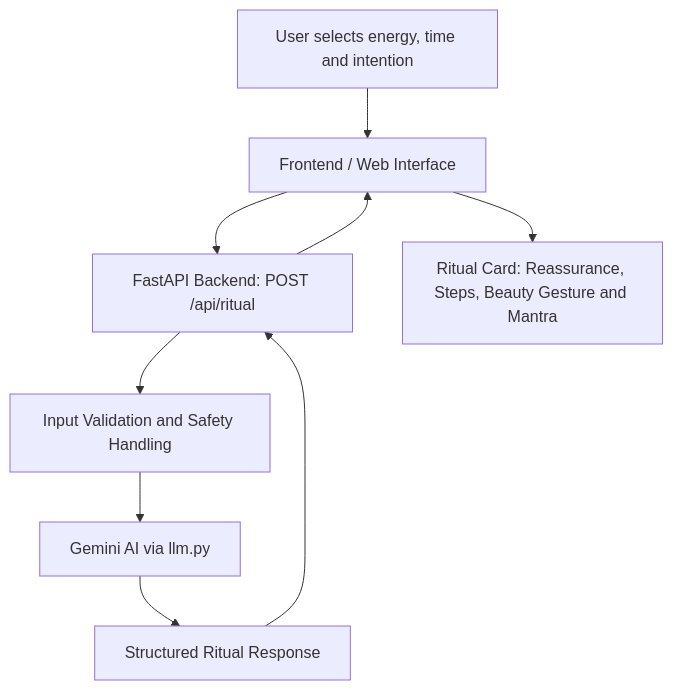
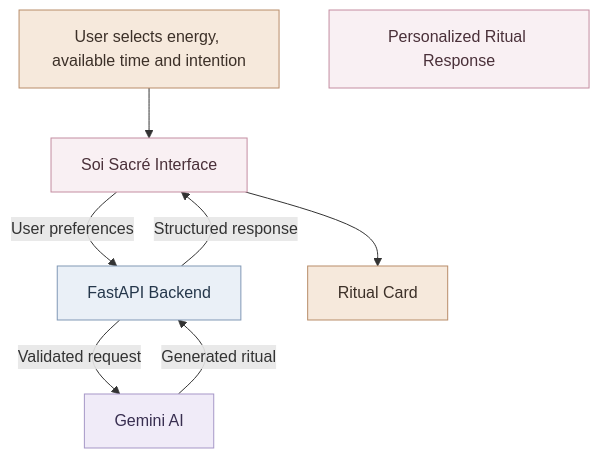
The first of 2 diagrams in architecture.md (yahiabeyarouarajine-ui/soi-sacre), drawn with Mermaid before and after one commit. The commit also changed other lines of this file, not shown here.

Commit message:
Expand system architecture documentation

````diff
--- a/architecture.md
+++ b/architecture.md
@@ -5,11 +7,26 @@
 ```mermaid
 flowchart TD
-    A["User selects energy, time and intention"] --> B["Frontend / Web Interface"]
-    B --> C["FastAPI Backend: POST /api/ritual"]
-    C --> D["Input Validation and Safety Handling"]
-    D --> E["Gemini AI via llm.py"]
-    E --> F["Structured Ritual Response"]
-    F --> C
-    C --> B
-    B --> G["Ritual Card: Reassurance, Steps, Beauty Gesture and Mantra"]
+    A["User selects energy, available time and intention"]
+    B["Soi Sacré Interface"]
+    C["FastAPI Backend"]
+    D["Gemini AI"]
+    E["Personalized Ritual Response"]
+    F["Ritual Card"]
+
+    A --> B
+    B -->|"User preferences"| C
+    C -->|"Validated request"| D
+    D -->|"Generated ritual"| C
+    C -->|"Structured response"| B
+    B --> F
+
+    classDef user fill:#f6e9dc,stroke:#b88c69,color:#3c3028
+    classDef app fill:#f9f0f3,stroke:#c48da1,color:#4a3039
+    classDef backend fill:#eaf0f7,stroke:#8098b5,color:#25374b
+    classDef ai fill:#f0ebf8,stroke:#a697c7,color:#382e50
+
+    class A,F user
+    class B,E app
+    class C backend
+    class D ai
 ```
````
